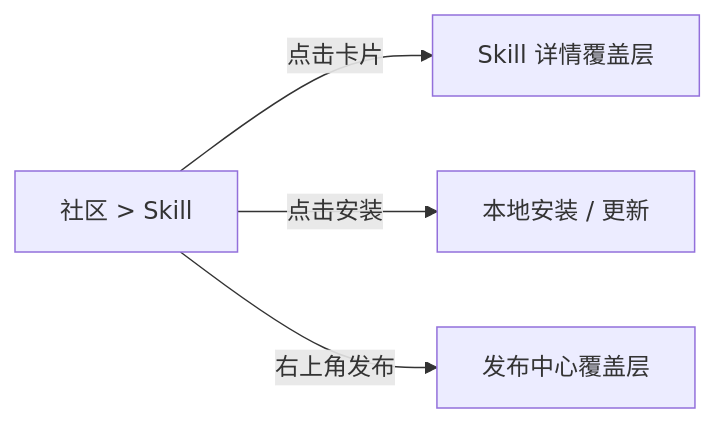
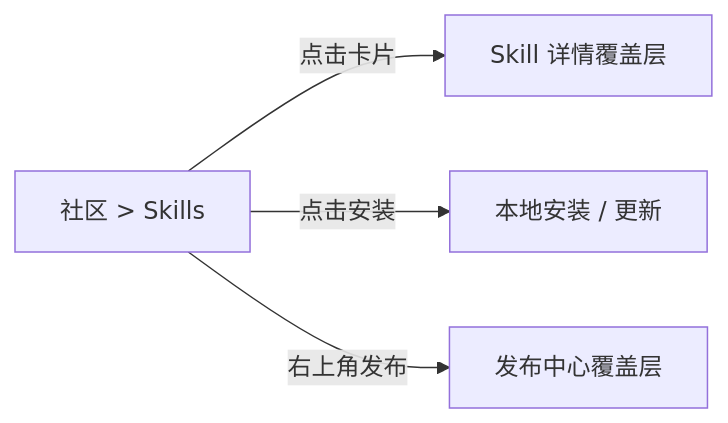
Before and after one commit to HaibinZhang1/EnterpriseAgentHub: the third of 4 diagrams in docs/RequirementDocument/06_page_architecture.md, drawn with Mermaid. The commit also changed other lines of this file and 133 other files, not shown here.

````diff
--- a/docs/RequirementDocument/06_page_architecture.md
+++ b/docs/RequirementDocument/06_page_architecture.md
@@ -133,7 +135,7 @@
 ```mermaid
 flowchart LR
-    COMMUNITY["社区 > Skill"]
+    COMMUNITY["社区 > Skills"]
     COMMUNITY -->|"点击卡片"| DETAIL["Skill 详情覆盖层"]
     COMMUNITY -->|"点击安装"| INSTALL["本地安装 / 更新"]
     COMMUNITY -->|"右上角发布"| PUBLISH["发布中心覆盖层"]
 ```
````
